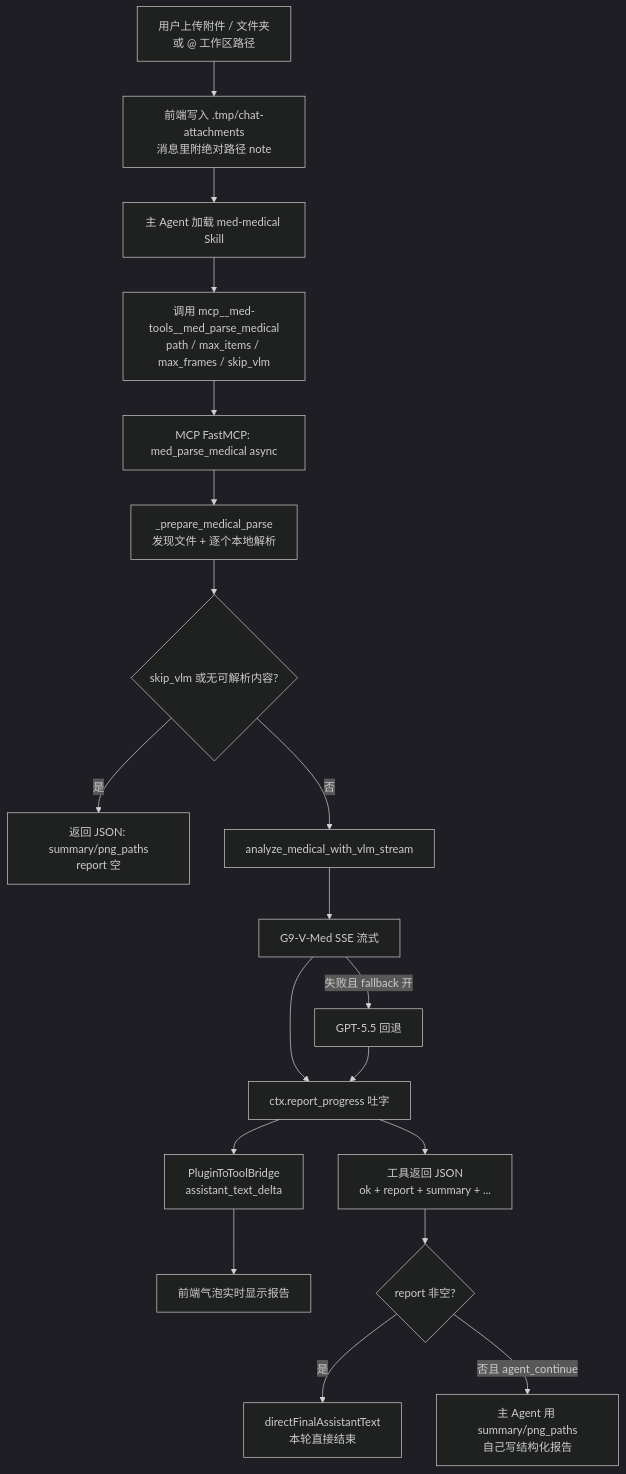
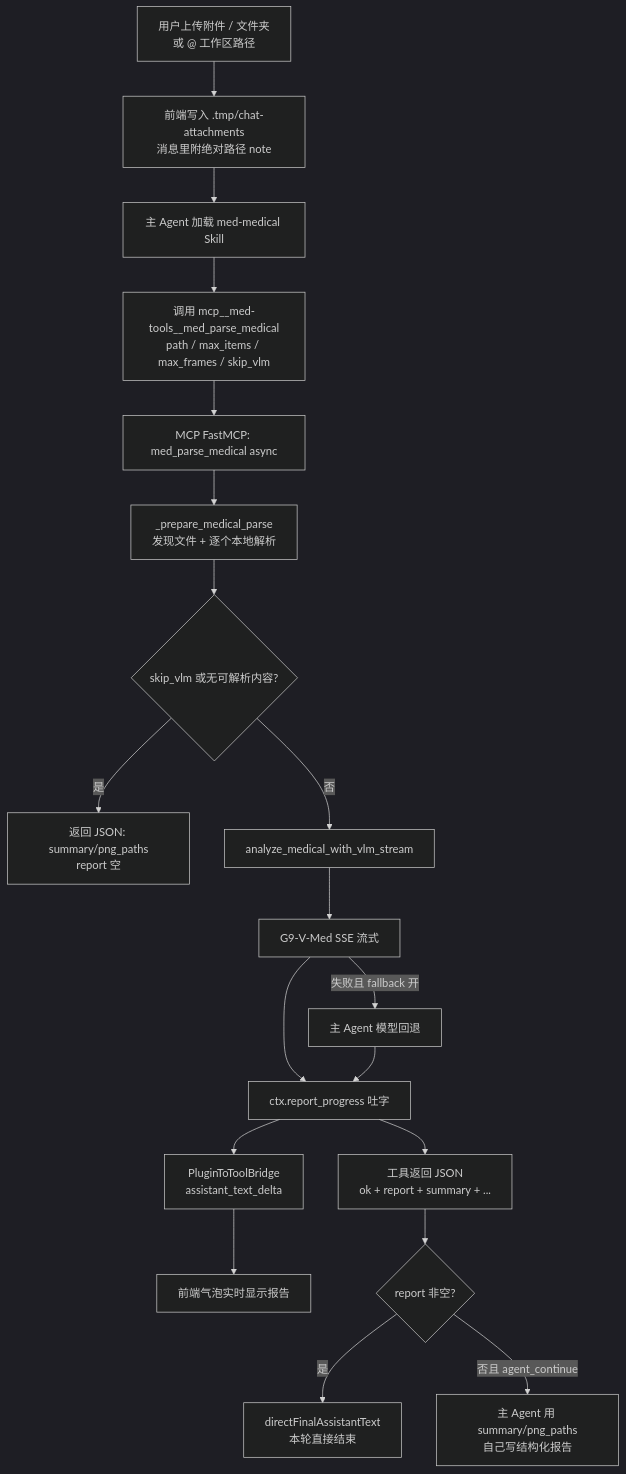
Before and after one commit to williamhyf98/med-pilotdeck: the first of 3 diagrams in plugins/med-tools/docs/med-parse-medical-flow.zh.md, drawn with Mermaid (dark theme). The commit also changed other lines of this file and 9 other files, not shown here.

````diff
--- a/plugins/med-tools/docs/med-parse-medical-flow.zh.md
+++ b/plugins/med-tools/docs/med-parse-medical-flow.zh.md
@@ -56,21 +56,21 @@
 ```mermaid
 flowchart TD
   A[用户上传附件 / 文件夹<br/>或 @ 工作区路径] --> B[前端写入 .tmp/chat-attachments<br/>消息里附绝对路径 note]
   B --> C[主 Agent 加载 med-medical Skill]
   C --> D[调用 mcp__med-tools__med_parse_medical<br/>path / max_items / max_frames / skip_vlm]
   D --> E[MCP FastMCP: med_parse_medical async]
   E --> F[_prepare_medical_parse<br/>发现文件 + 逐个本地解析]
   F --> G{skip_vlm 或无可解析内容?}
   G -->|是| H[返回 JSON: summary/png_paths<br/>report 空]
   G -->|否| I[analyze_medical_with_vlm_stream]
   I --> J[G9-V-Med SSE 流式]
-  J -->|失败且 fallback 开| K[GPT-5.5 回退]
+  J -->|失败且 fallback 开| K[主 Agent 模型回退]
   J --> L[ctx.report_progress 吐字]
   K --> L
   L --> M[PluginToToolBridge<br/>assistant_text_delta]
   M --> N[前端气泡实时显示报告]
   L --> O[工具返回 JSON<br/>ok + report + summary + ...]
   O --> P{report 非空?}
   P -->|是| Q[directFinalAssistantText<br/>本轮直接结束]
   P -->|否且 agent_continue| R[主 Agent 用 summary/png_paths<br/>自己写结构化报告]
 ```
````
